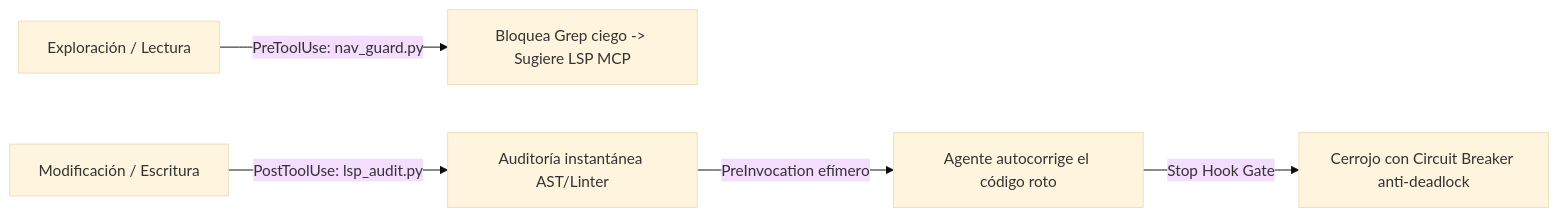
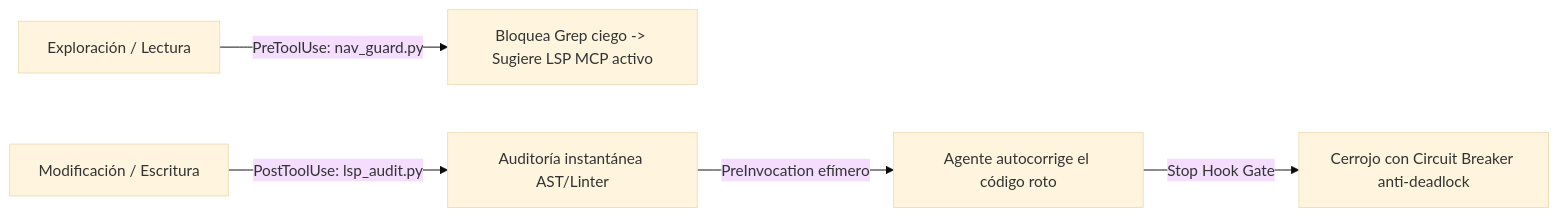
The diagram in README.md (dbqp01/LSP-Antigravity), drawn with Mermaid (base theme) before and after one commit. The commit also changed other lines of this file and 6 other files, not shown here.

````diff
--- a/README.md
+++ b/README.md
@@ -24,7 +24,7 @@
 ```mermaid
 flowchart LR
-    A[Exploración / Lectura] -->|PreToolUse: nav_guard.py| B[Bloquea Grep ciego -> Sugiere LSP MCP]
+    A[Exploración / Lectura] -->|PreToolUse: nav_guard.py| B[Bloquea Grep ciego -> Sugiere LSP MCP activo]
     C[Modificación / Escritura] -->|PostToolUse: lsp_audit.py| D[Auditoría instantánea AST/Linter]
     D -->|PreInvocation efímero| E[Agente autocorrige el código roto]
     E -->|Stop Hook Gate| F[Cerrojo con Circuit Breaker anti-deadlock]
 ```
````
